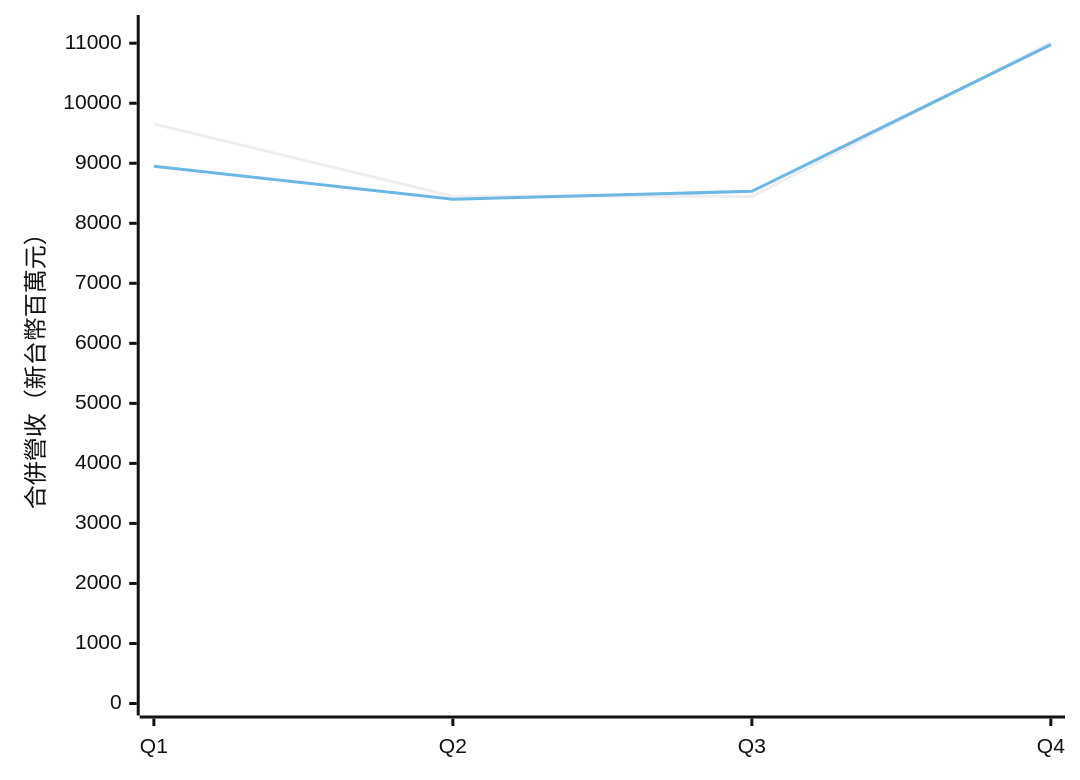
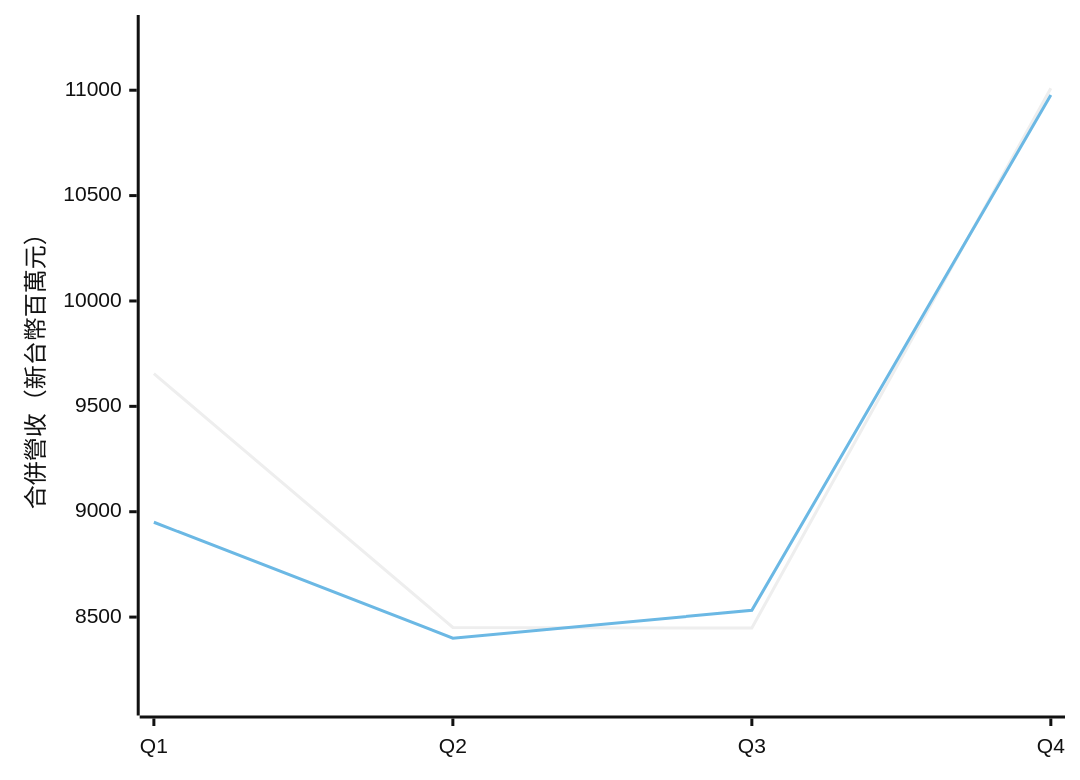
Before and after one commit to jyuny1/blog: the tenth of 19 diagrams in content/台灣零售與電商競爭分析.md, drawn with Mermaid (neutral theme). The commit also changed other lines of this file, not shown here.

````diff
--- a/content/台灣零售與電商競爭分析.md
+++ b/content/台灣零售與電商競爭分析.md
@@ -149,7 +149,7 @@
 ```mermaid
 xychart-beta
     x-axis ["Q1", "Q2", "Q3", "Q4"]
-    y-axis "合併營收（新台幣百萬元）" 0 --> 11270
+    y-axis "合併營收（新台幣百萬元）" 8090 --> 11300
     line [9655, 8451, 8448, 11009]
     line [8950, 8400, 8532, 10977]
 ```
````
